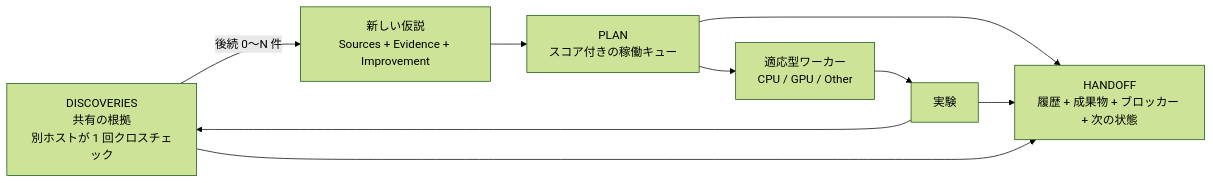
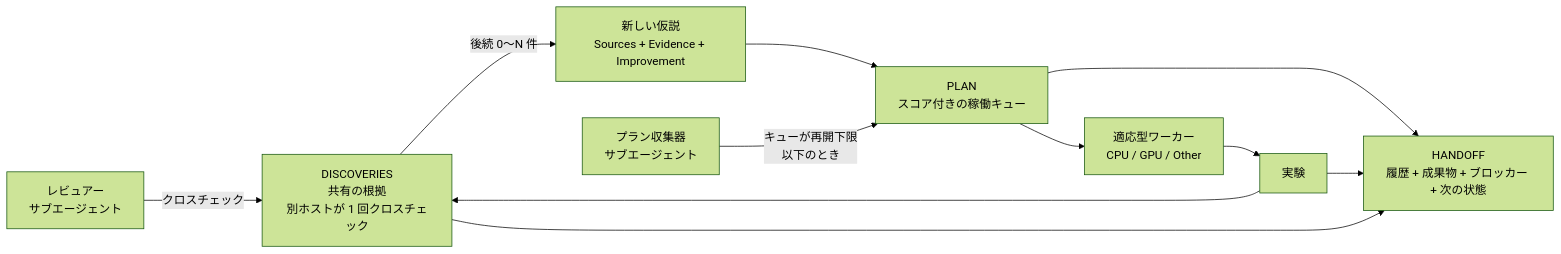
Before and after one commit to TaeyanG4/research-orchestrator-skill: the first of 3 diagrams in README.ja.md, drawn with Mermaid (forest theme). The commit also changed other lines of this file and 19 other files, not shown here.

````diff
--- a/README.ja.md
+++ b/README.ja.md
@@ -31,15 +31,17 @@
 ```mermaid
 flowchart LR
     D[DISCOVERIES<br/>共有の根拠<br/>別ホストが 1 回クロスチェック]
     H[新しい仮説<br/>Sources + Evidence + Improvement]
     P[PLAN<br/>スコア付きの稼働キュー]
     W[適応型ワーカー<br/>CPU / GPU / Other]
     E[実験]
     O[HANDOFF<br/>履歴 + 成果物 + ブロッカー + 次の状態]
 
     D -->|後続 0〜N 件| H
     H --> P --> W --> E --> D
+    C["プラン収集器<br/>サブエージェント"] -->|"キューが再開下限<br/>以下のとき"| P
+    R["レビュアー<br/>サブエージェント"] -->|クロスチェック| D
     P --> O
     E --> O
     D --> O
 ```
````
